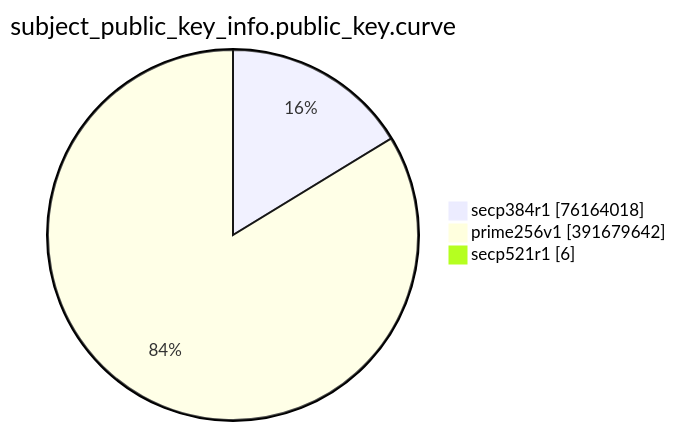
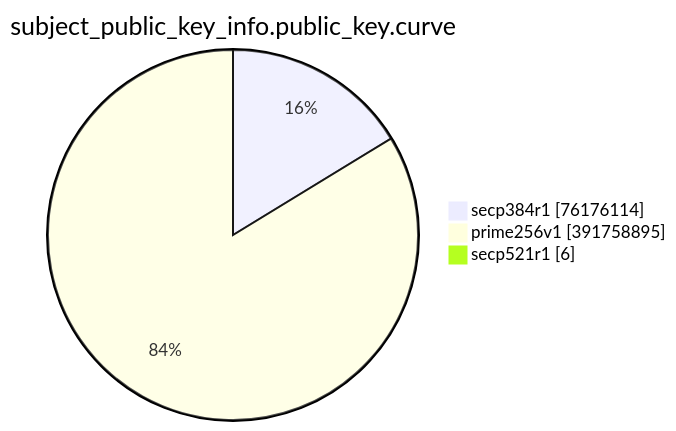
The eighth of 15 diagrams in TOTAL/README.md (christiankrug/ctmonitor_visualization), drawn with Mermaid before and after one commit. The commit also changed other lines of this file, not shown here.

````diff
--- a/TOTAL/README.md
+++ b/TOTAL/README.md
@@ -3094,7 +3094,7 @@
 ```mermaid
 pie showData
 title subject_public_key_info.public_key.curve
-"secp384r1" :76164018
-"prime256v1" :391679642
+"secp384r1" :76176114
+"prime256v1" :391758895
 "secp521r1" :6
 ```
````
